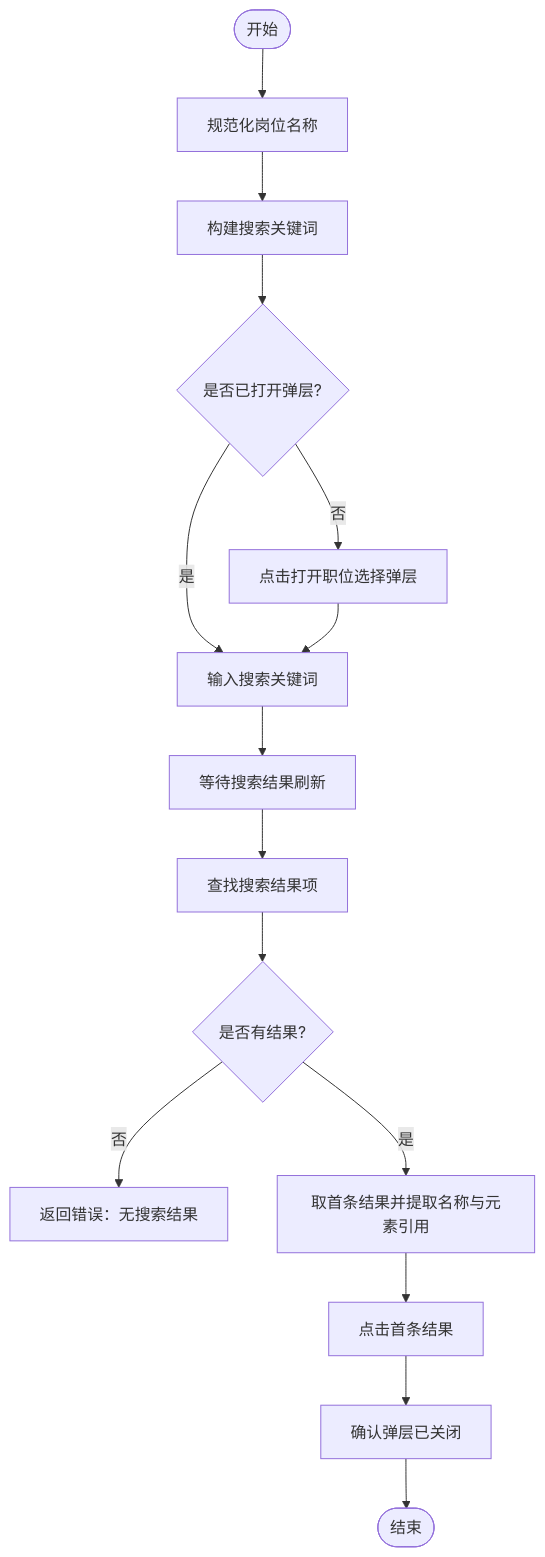
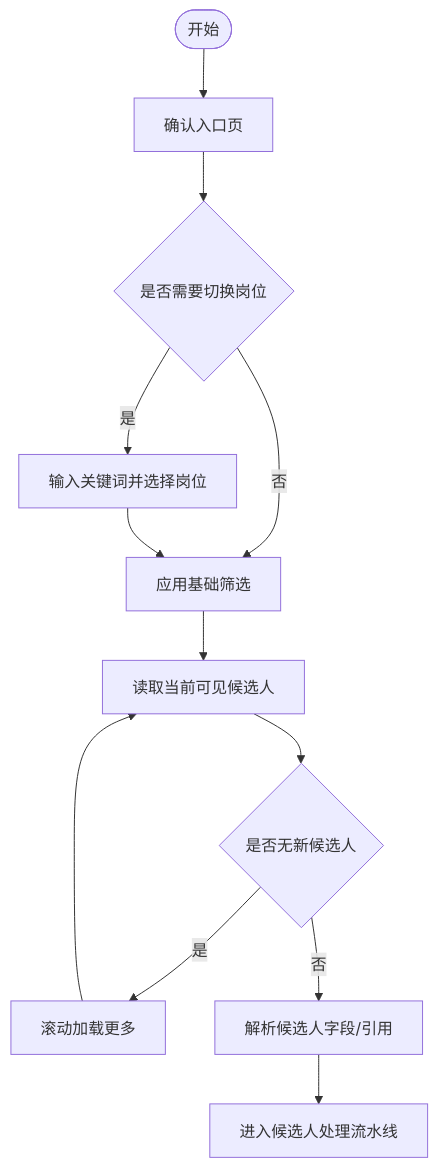
One commit to alvinwangzi/goodhr changed the third of 7 diagrams in .qoder/repowiki/zh/content/本地执行器/平台适配器/前程无忧适配器/职位管理.md. Above: the diagram before and after it, drawn with Mermaid. The commit also changed other lines of this file and 149 other files, not shown here.

````diff
--- a/.qoder/repowiki/zh/content/本地执行器/平台适配器/前程无忧适配器/职位管理.md
+++ b/.qoder/repowiki/zh/content/本地执行器/平台适配器/前程无忧适配器/职位管理.md
@@ -155,17 +138,14 @@
 ```mermaid
 flowchart TD
-Start(["开始"]) --> Normalize["规范化岗位名称"]
-Normalize --> BuildQuery["构建搜索关键词"]
-BuildQuery --> OpenPanel{"是否已打开弹层?"}
-OpenPanel --> |否| ClickOpen["点击打开职位选择弹层"]
-OpenPanel --> |是| TypeQuery["输入搜索关键词"]
-ClickOpen --> TypeQuery
-TypeQuery --> WaitRefresh["等待搜索结果刷新"]
-WaitRefresh --> FindItems["查找搜索结果项"]
-FindItems --> HasResult{"是否有结果?"}
-HasResult --> |否| ErrorEmpty["返回错误：无搜索结果"]
-HasResult --> |是| FirstItem["取首条结果并提取名称与元素引用"]
-FirstItem --> ClickFirst["点击首条结果"]
-ClickFirst --> ClosePanel["确认弹层已关闭"]
-ClosePanel --> End(["结束"])
+Start(["开始"]) --> Entry["确认入口页"]
+Entry --> Select{"是否需要切换岗位"}
+Select --> |是| Switch["输入关键词并选择岗位"]
+Select --> |否| Filters["应用基础筛选"]
+Switch --> Filters
+Filters --> ReadList["读取当前可见候选人"]
+ReadList --> Empty{"是否无新候选人"}
+Empty --> |是| Scroll["滚动加载更多"]
+Scroll --> ReadList
+Empty --> |否| Parse["解析候选人字段/引用"]
+Parse --> Next["进入候选人处理流水线"]
 ```
````
